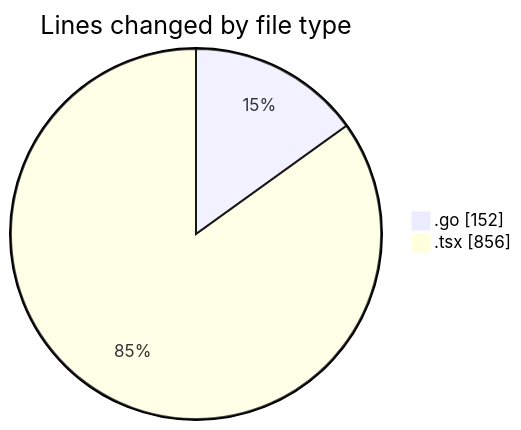
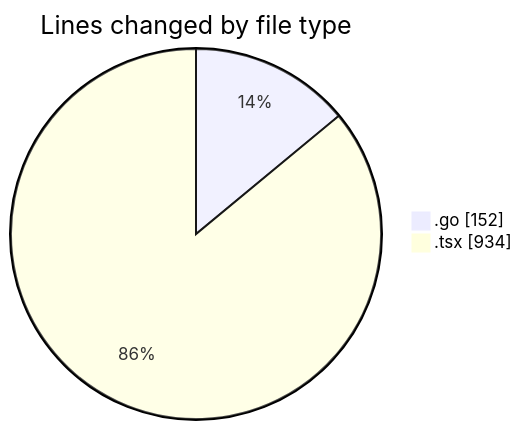
One commit to robertbonfada/code-tracking changed the first of 2 diagrams in 2025-03-05/termonied_testador/README.md. Above: the diagram before and after it, drawn with Mermaid. The commit also changed other lines of this file and 1 other file, not shown here.

````diff
--- a/2025-03-05/termonied_testador/README.md
+++ b/2025-03-05/termonied_testador/README.md
@@ -23,6 +23,6 @@
 ```mermaid
 pie showData
 title Lines changed by file type
 ".go" : 152
-".tsx" : 856
+".tsx" : 934
 ```
````
